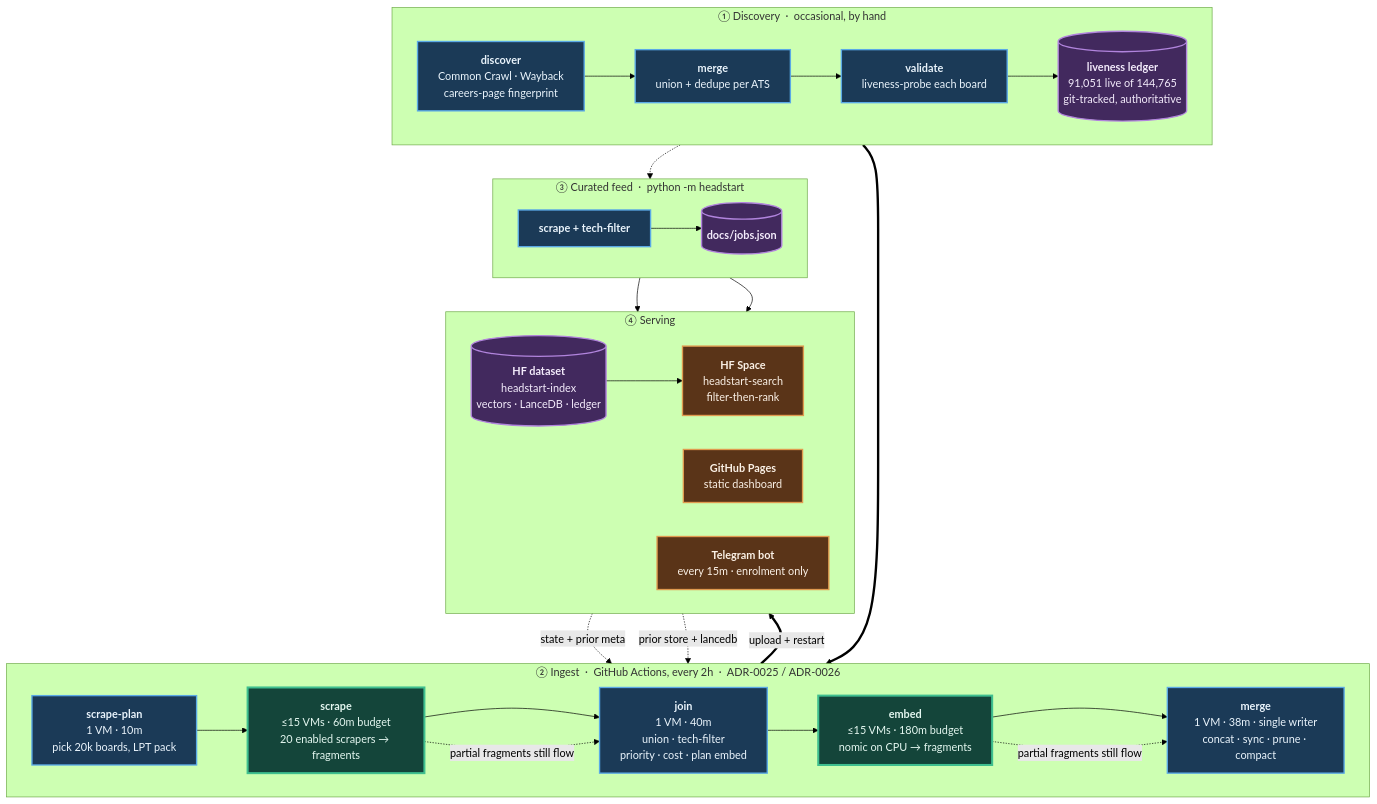
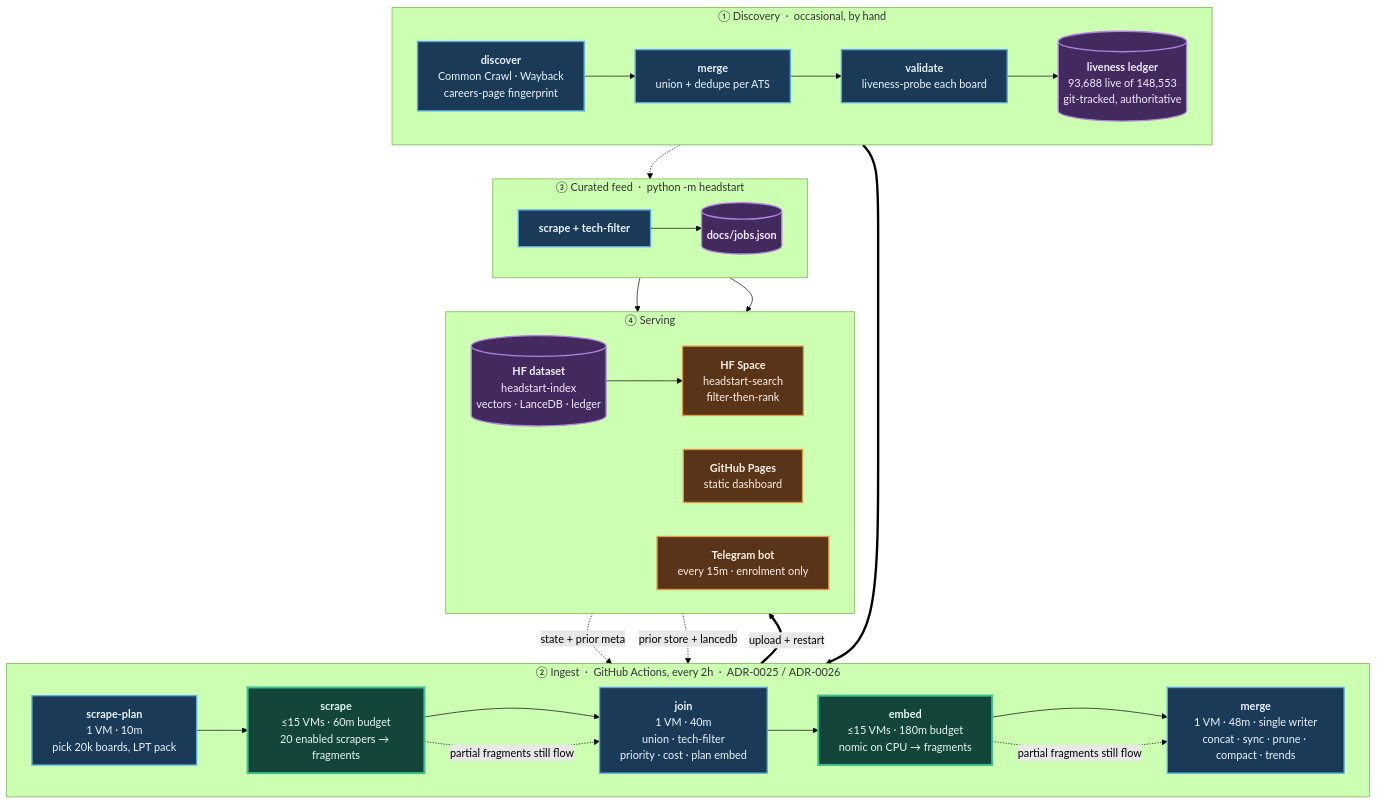
The diagram in README.md (sarthakjain004/headstart), drawn with Mermaid (forest theme) before and after one commit. The commit also changed other lines of this file and 13 other files, not shown here.

````diff
--- a/README.md
+++ b/README.md
@@ -35,56 +35,56 @@
 ```mermaid
 flowchart TB
     subgraph D["① Discovery &nbsp;·&nbsp; occasional, by hand"]
         direction LR
         D1["<b>discover</b><br/>Common Crawl · Wayback<br/>careers-page fingerprint"]
         D2["<b>merge</b><br/>union + dedupe per ATS"]
         D3["<b>validate</b><br/>liveness-probe each board"]
-        D4[("<b>liveness ledger</b><br/>91,051 live of 144,765<br/>git-tracked, authoritative")]
+        D4[("<b>liveness ledger</b><br/>93,688 live of 148,553<br/>git-tracked, authoritative")]
         D1 --> D2 --> D3 --> D4
     end
 
     subgraph P["② Ingest &nbsp;·&nbsp; GitHub Actions, every 2h &nbsp;·&nbsp; ADR-0025 / ADR-0026"]
         direction LR
         P1["<b>scrape-plan</b><br/>1 VM · 10m<br/>pick 20k boards, LPT pack"]
         P2["<b>scrape</b><br/>≤15 VMs · 60m budget<br/>20 enabled scrapers → fragments"]
         P3["<b>join</b><br/>1 VM · 40m<br/>union · tech-filter<br/>priority · cost · plan embed"]
         P4["<b>embed</b><br/>≤15 VMs · 180m budget<br/>nomic on CPU → fragments"]
-        P5["<b>merge</b><br/>1 VM · 38m · single writer<br/>concat · sync · prune · compact"]
+        P5["<b>merge</b><br/>1 VM · 48m · single writer<br/>concat · sync · prune · compact · trends"]
         P1 --> P2 --> P3 --> P4 --> P5
     end
 
     subgraph F["③ Curated feed &nbsp;·&nbsp; python -m headstart"]
         direction LR
         F1["<b>scrape + tech-filter</b>"]
         F2[("<b>docs/jobs.json</b>")]
         F1 --> F2
     end
 
     subgraph S["④ Serving"]
         direction LR
         S1[("<b>HF dataset</b><br/>headstart-index<br/>vectors · LanceDB · ledger")]
         S2["<b>HF Space</b><br/>headstart-search<br/>filter-then-rank"]
         S3["<b>GitHub Pages</b><br/>static dashboard"]
         S4["<b>Telegram bot</b><br/>every 15m · enrolment only"]
         S1 --> S2
     end
 
     D4 ==> P1
     S1 -. "state + prior meta" .-> P1
     S1 -. "prior store + lancedb" .-> P5
     D4 -.-> F1
     P5 ==>|"upload + restart"| S1
     F2 --> S3
     F2 --> S4
     P2 -. "partial fragments still flow" .-> P3
     P4 -. "partial fragments still flow" .-> P5
 
     classDef serial fill:#1b3a57,stroke:#5aa9e6,stroke-width:2px,color:#eaf4fc
     classDef fan fill:#14453a,stroke:#3fbf8f,stroke-width:3px,color:#e4f7f0
     classDef store fill:#42295e,stroke:#b184dd,stroke-width:2px,color:#f4ecfc
     classDef serve fill:#5a3418,stroke:#e09a4f,stroke-width:2px,color:#fbf1e6
     class D1,D2,D3,P1,P3,P5,F1 serial
     class P2,P4 fan
     class D4,F2,S1 store
     class S2,S3,S4 serve
 ```
````
